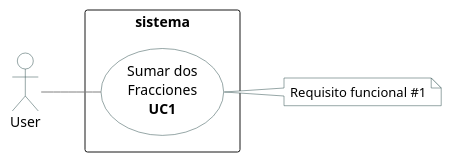
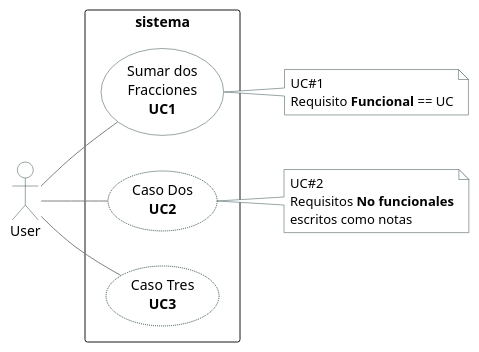
One commit to srlopez/RUP changed the first of 4 diagrams in ejemplos/fraccion_completo.md. Above: the diagram before and after it, drawn with PlantUML. The commit also changed other lines of this file and 1 other file, not shown here.

````diff
--- a/ejemplos/fraccion_completo.md
+++ b/ejemplos/fraccion_completo.md
@@ -20,28 +22,41 @@
 ```plantuml
 @startuml
+hide stereotype
+
 skinparam usecase {
   BackgroundColor White
   BorderColor DarkSlateGray
   ArrowColor Grey
+  
+  BorderThickness<<beta>> 1
+  BorderStyle<<beta>> dotted
+  'BackgroundColor<<beta>> #FFE
+  'BorderColor<<beta>> Red
 }
 skinparam actor {
   BackgroundColor White
   BorderColor DarkSlateGray
   ArrowColor Grey
 }
 skinparam note {
   BackgroundColor White
   BorderColor DarkSlateGray
 }
-note "Requisito funcional #1" as n1
+note "UC#1\nRequisito <b>Funcional</b> == UC" as n1
+note "UC#2\nRequisitos <b>No funcionales</b>\nescritos como notas" as n2
 
 left to right direction
 :User: as cli
 rectangle sistema {
   (Sumar dos\nFracciones\n<b>UC1</b>) as suma 
+  (Caso Dos\n<b>UC2</b>) as dos<<beta>> 
+  (Caso Tres\n<b>UC3</b>) as tres<<beta>>
 }
 
 cli -- suma
 suma -- n1
+dos -- n2
+cli -- dos
+cli -- tres
 @enduml
 ```
````
